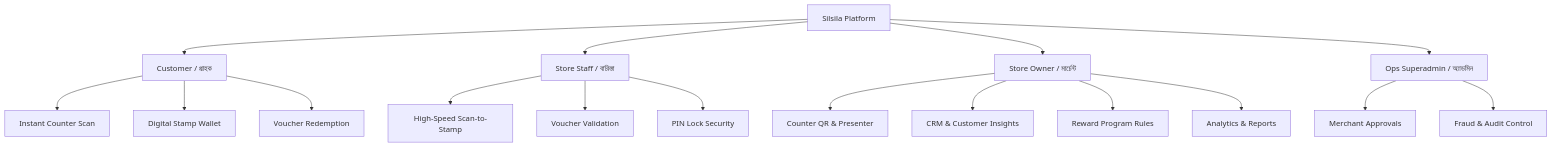
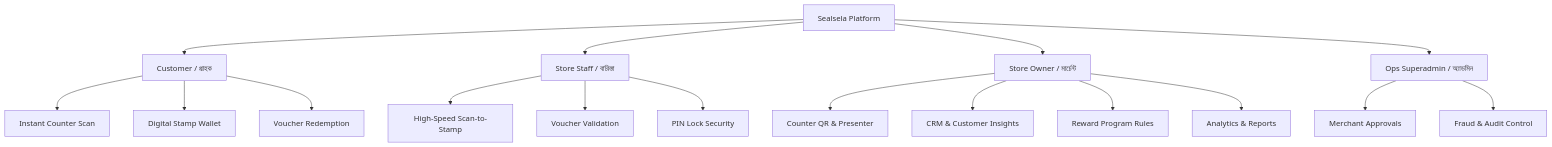
Before and after one commit to sadman-rahman-mridul/silsila: the first of 3 diagrams in PRD.md, drawn with Mermaid. The commit also changed other lines of this file and 14 other files, not shown here.

Commit message:
brand: update platform name to Sealsela across app, views, metadata, and PRD

````diff
--- a/PRD.md
+++ b/PRD.md
@@ -30,23 +30,23 @@
 ```mermaid
 graph TD
-    A[Silsila Platform] --> B[Customer / গ্রাহক]
+    A[Sealsela Platform] --> B[Customer / গ্রাহক]
     A --> C[Store Staff / বারিস্তা]
     A --> D[Store Owner / মার্চেন্ট]
     A --> E[Ops Superadmin / অ্যাডমিন]
 
     B --> B1[Instant Counter Scan]
     B --> B2[Digital Stamp Wallet]
     B --> B3[Voucher Redemption]
 
     C --> C1[High-Speed Scan-to-Stamp]
     C --> C2[Voucher Validation]
     C --> C3[PIN Lock Security]
 
     D --> D1[Counter QR & Presenter]
     D --> D2[CRM & Customer Insights]
     D --> D3[Reward Program Rules]
     D --> D4[Analytics & Reports]
 
     E --> E1[Merchant Approvals]
     E --> E2[Fraud & Audit Control]
 ```
````
